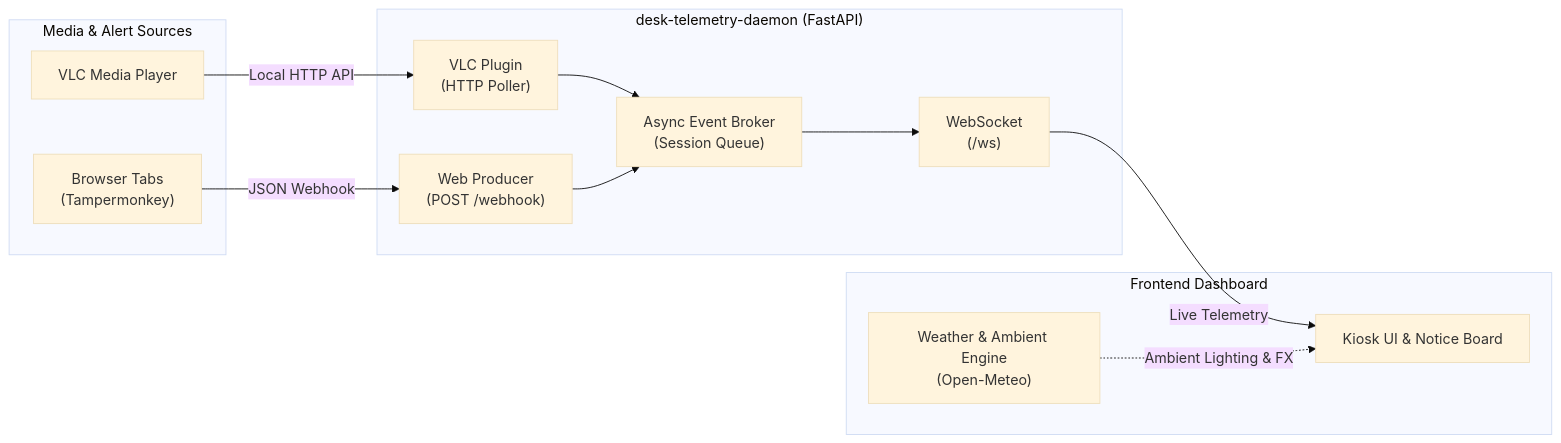
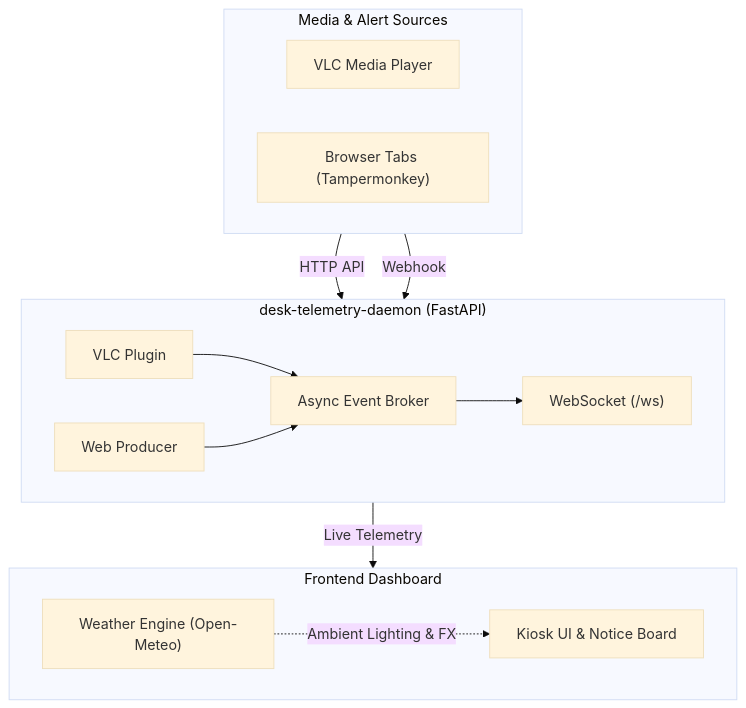
One commit to guyshargo/desk-telemetry-daemon changed the diagram in README.md. Above: the diagram before and after it, drawn with Mermaid (base theme). The commit also changed other lines of this file, not shown here.

Commit message:
Revise README with new project description and diagram
Updated project description and architecture diagram for clarity.

````diff
--- a/README.md
+++ b/README.md
@@ -9,27 +9,30 @@
 ```mermaid
-flowchart LR
+flowchart TD
     subgraph Sources["Media & Alert Sources"]
+        direction LR
         VLC["VLC Media Player"]
-        Browser["Browser Tabs<br/>(Tampermonkey)"]
+        Browser["Browser Tabs (Tampermonkey)"]
     end
 
     subgraph Daemon["desk-telemetry-daemon (FastAPI)"]
-        VLCPlugin["VLC Plugin<br/>(HTTP Poller)"]
-        WebProd["Web Producer<br/>(POST /webhook)"]
-        Broker["Async Event Broker<br/>(Session Queue)"]
-        WS["WebSocket<br/>(/ws)"]
+        direction LR
+        VLCPlugin["VLC Plugin"]
+        WebProd["Web Producer"]
+        Broker["Async Event Broker"]
+        WS["WebSocket (/ws)"]
+        VLCPlugin --> Broker
+        WebProd --> Broker
+        Broker --> WS
     end
 
     subgraph Display["Frontend Dashboard"]
+        direction LR
         UI["Kiosk UI & Notice Board"]
-        Weather["Weather & Ambient Engine<br/>(Open-Meteo)"]
+        Weather["Weather Engine (Open-Meteo)"]
     end
 
-    VLC -- "Local HTTP API" --> VLCPlugin
-    Browser -- "JSON Webhook" --> WebProd
-    VLCPlugin --> Broker
-    WebProd --> Broker
-    Broker --> WS
+    VLC -- "HTTP API" --> VLCPlugin
+    Browser -- "Webhook" --> WebProd
     WS -- "Live Telemetry" --> UI
     Weather -. "Ambient Lighting & FX" .-> UI
 ```
````
